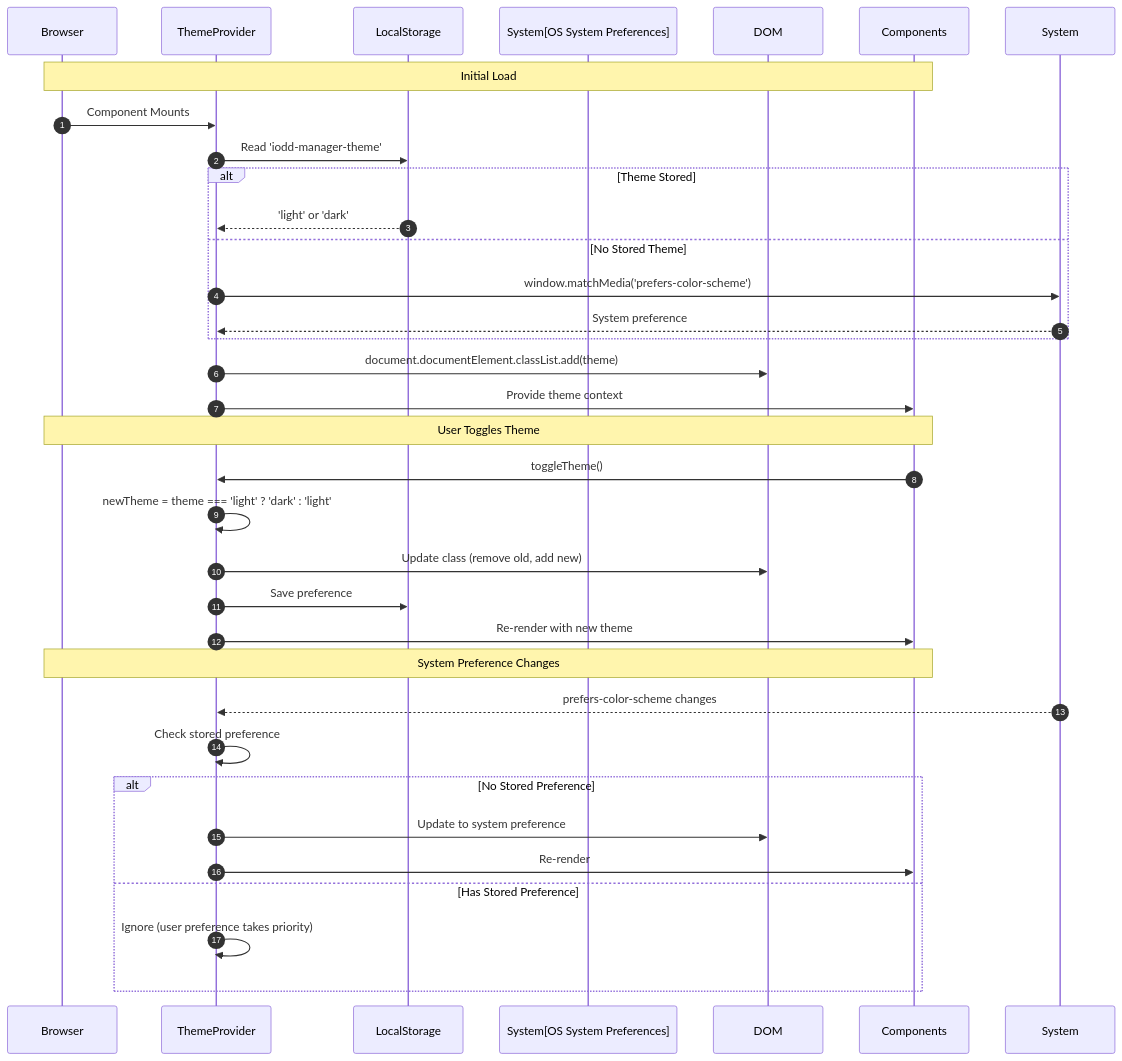
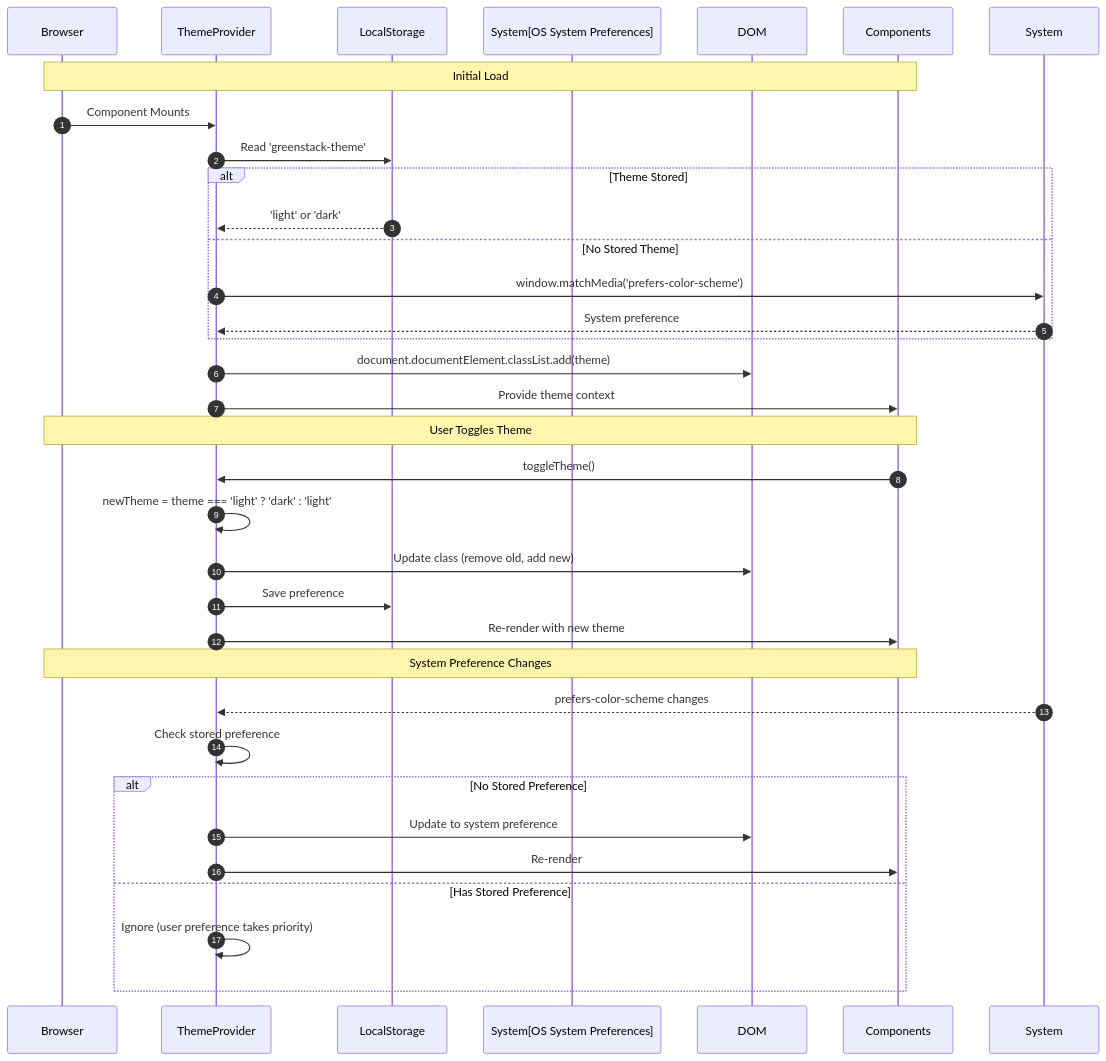
The fourth of 13 diagrams in docs/architecture/FRONTEND_ARCHITECTURE.md (ME-Catalyst/iodd-manager), drawn with Mermaid before and after one commit. The commit also changed other lines of this file and 69 other files, not shown here.

First line of the commit message:
Complete rebrand from IODD Manager to Greenstack

````diff
--- a/docs/architecture/FRONTEND_ARCHITECTURE.md
+++ b/docs/architecture/FRONTEND_ARCHITECTURE.md
@@ -367,44 +367,44 @@
 ```mermaid
 sequenceDiagram
     autonumber
     participant Browser
     participant ThemeProvider
     participant LocalStorage
     participant System[OS System Preferences]
     participant DOM
     participant Components
 
     Note over Browser,Components: Initial Load
 
     Browser->>ThemeProvider: Component Mounts
-    ThemeProvider->>LocalStorage: Read 'iodd-manager-theme'
+    ThemeProvider->>LocalStorage: Read 'greenstack-theme'
 
     alt Theme Stored
         LocalStorage-->>ThemeProvider: 'light' or 'dark'
     else No Stored Theme
         ThemeProvider->>System: window.matchMedia('prefers-color-scheme')
         System-->>ThemeProvider: System preference
     end
 
     ThemeProvider->>DOM: document.documentElement.classList.add(theme)
     ThemeProvider->>Components: Provide theme context
 
     Note over Browser,Components: User Toggles Theme
 
     Components->>ThemeProvider: toggleTheme()
     ThemeProvider->>ThemeProvider: newTheme = theme === 'light' ? 'dark' : 'light'
     ThemeProvider->>DOM: Update class (remove old, add new)
     ThemeProvider->>LocalStorage: Save preference
     ThemeProvider->>Components: Re-render with new theme
 
     Note over Browser,Components: System Preference Changes
 
     System-->>ThemeProvider: prefers-color-scheme changes
     ThemeProvider->>ThemeProvider: Check stored preference
     alt No Stored Preference
         ThemeProvider->>DOM: Update to system preference
         ThemeProvider->>Components: Re-render
     else Has Stored Preference
         ThemeProvider->>ThemeProvider: Ignore (user preference takes priority)
     end
 ```
````
